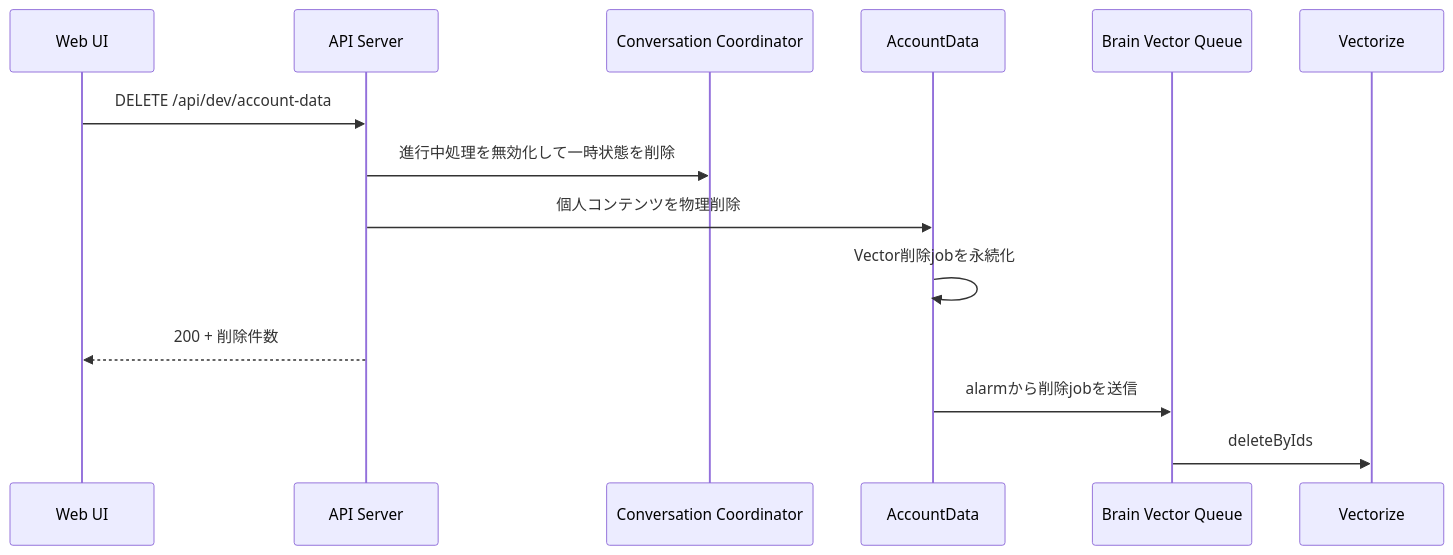
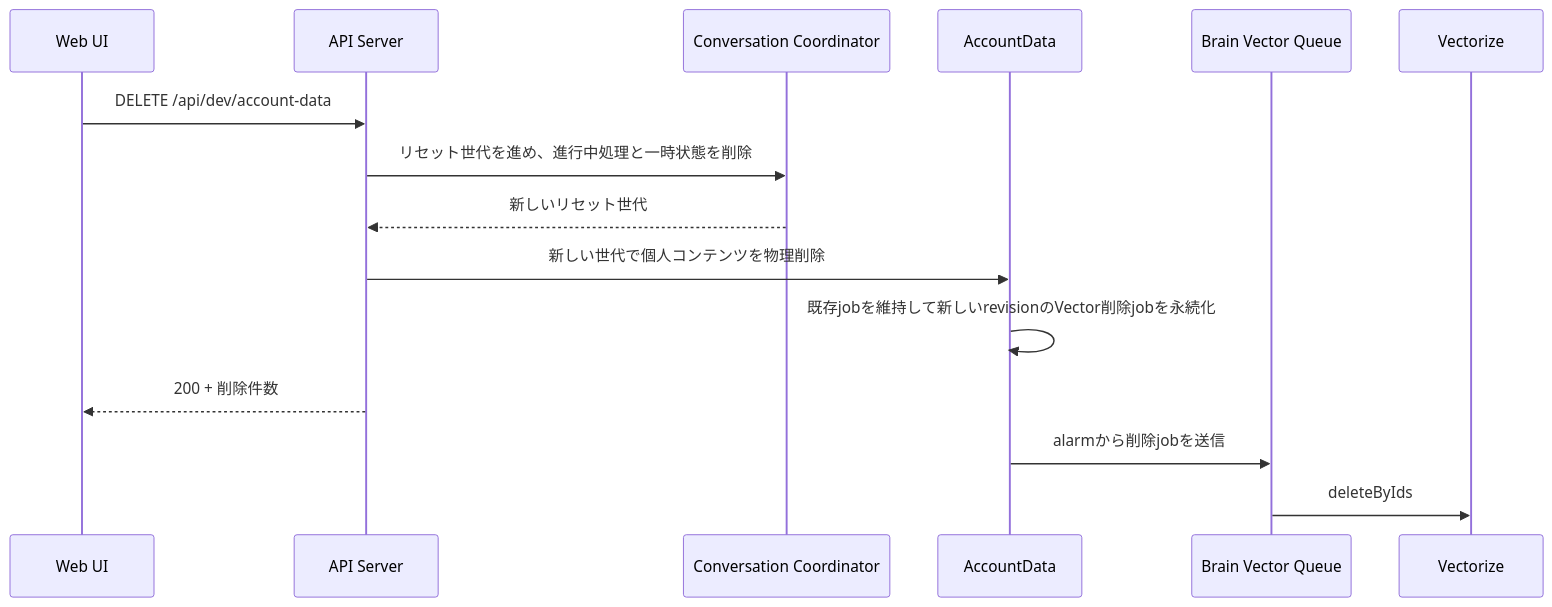
The diagram in docs/development/development-account-data-reset-api.md (kkyosuke/me-builder), drawn with Mermaid before and after one commit. The commit also changed other lines of this file and 29 other files, not shown here.

````diff
--- a/docs/development/development-account-data-reset-api.md
+++ b/docs/development/development-account-data-reset-api.md
@@ -30,17 +32,18 @@
 ```mermaid
 sequenceDiagram
     participant W as Web UI
     participant A as API Server
     participant C as Conversation Coordinator
     participant D as AccountData
     participant Q as Brain Vector Queue
     participant V as Vectorize
 
     W->>A: DELETE /api/dev/account-data
-    A->>C: 進行中処理を無効化して一時状態を削除
-    A->>D: 個人コンテンツを物理削除
-    D->>D: Vector削除jobを永続化
+    A->>C: リセット世代を進め、進行中処理と一時状態を削除
+    C-->>A: 新しいリセット世代
+    A->>D: 新しい世代で個人コンテンツを物理削除
+    D->>D: 既存jobを維持して新しいrevisionのVector削除jobを永続化
     A-->>W: 200 + 削除件数
     D->>Q: alarmから削除jobを送信
     Q->>V: deleteByIds
 ```
````
